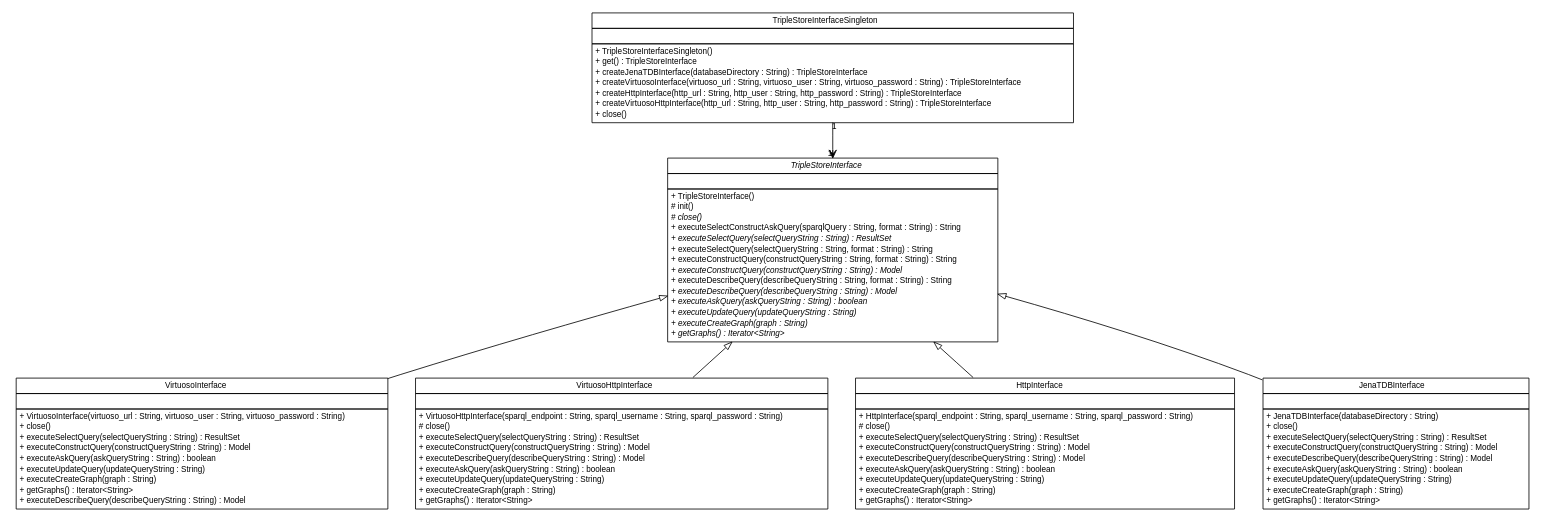
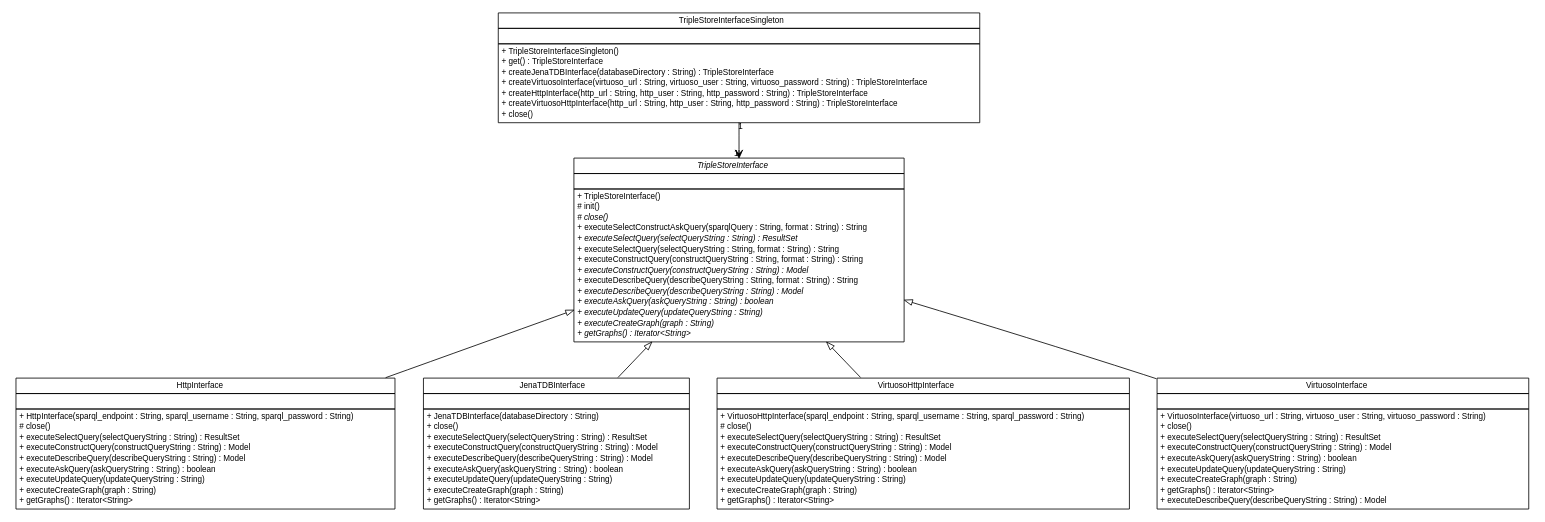
One commit to adrianorzyszek/r43ples changed the diagram in site/apidocs/de/tud/plt/r43ples/triplestoreInterface/de.tud.plt.r43ples.triplestoreInterface.dot. Above: the diagram before and after it, drawn with Graphviz. The commit also changed 310 other files, not shown here.

```diff
--- a/site/apidocs/de/tud/plt/r43ples/triplestoreInterface/de.tud.plt.r43ples.triplestoreInterface.dot
+++ b/site/apidocs/de/tud/plt/r43ples/triplestoreInterface/de.tud.plt.r43ples.triplestoreInterface.dot
@@ -9,48 +9,8 @@
 	node [fontname="Helvetica",fontsize=10,shape=plaintext];
 	nodesep=0.25;
 	ranksep=0.5;
-	// de.tud.plt.r43ples.triplestoreInterface.VirtuosoInterface
-	c88 [label=<<table title="de.tud.plt.r43ples.triplestoreInterface.VirtuosoInterface" border="0" cellborder="1" cellspacing="0" cellpadding="2" port="p" href="./VirtuosoInterface.html">
-		<tr><td><table border="0" cellspacing="0" cellpadding="1">
-<tr><td align="center" balign="center"> VirtuosoInterface </td></tr>
-		</table></td></tr>
-		<tr><td><table border="0" cellspacing="0" cellpadding="1">
-<tr><td align="left" balign="left">  </td></tr>
-		</table></td></tr>
-		<tr><td><table border="0" cellspacing="0" cellpadding="1">
-<tr><td align="left" balign="left"> + VirtuosoInterface(virtuoso_url : String, virtuoso_user : String, virtuoso_password : String) </td></tr>
-<tr><td align="left" balign="left"> + close() </td></tr>
-<tr><td align="left" balign="left"> + executeSelectQuery(selectQueryString : String) : ResultSet </td></tr>
-<tr><td align="left" balign="left"> + executeConstructQuery(constructQueryString : String) : Model </td></tr>
-<tr><td align="left" balign="left"> + executeAskQuery(askQueryString : String) : boolean </td></tr>
-<tr><td align="left" balign="left"> + executeUpdateQuery(updateQueryString : String) </td></tr>
-<tr><td align="left" balign="left"> + executeCreateGraph(graph : String) </td></tr>
-<tr><td align="left" balign="left"> + getGraphs() : Iterator&lt;String&gt; </td></tr>
-<tr><td align="left" balign="left"> + executeDescribeQuery(describeQueryString : String) : Model </td></tr>
-		</table></td></tr>
-		</table>>, URL="./VirtuosoInterface.html", fontname="Helvetica", fontcolor="black", fontsize=10.0];
-	// de.tud.plt.r43ples.triplestoreInterface.VirtuosoHttpInterface
-	c89 [label=<<table title="de.tud.plt.r43ples.triplestoreInterface.VirtuosoHttpInterface" border="0" cellborder="1" cellspacing="0" cellpadding="2" port="p" href="./VirtuosoHttpInterface.html">
-		<tr><td><table border="0" cellspacing="0" cellpadding="1">
-<tr><td align="center" balign="center"> VirtuosoHttpInterface </td></tr>
-		</table></td></tr>
-		<tr><td><table border="0" cellspacing="0" cellpadding="1">
-<tr><td align="left" balign="left">  </td></tr>
-		</table></td></tr>
-		<tr><td><table border="0" cellspacing="0" cellpadding="1">
-<tr><td align="left" balign="left"> + VirtuosoHttpInterface(sparql_endpoint : String, sparql_username : String, sparql_password : String) </td></tr>
-<tr><td align="left" balign="left"> # close() </td></tr>
-<tr><td align="left" balign="left"> + executeSelectQuery(selectQueryString : String) : ResultSet </td></tr>
-<tr><td align="left" balign="left"> + executeConstructQuery(constructQueryString : String) : Model </td></tr>
-<tr><td align="left" balign="left"> + executeDescribeQuery(describeQueryString : String) : Model </td></tr>
-<tr><td align="left" balign="left"> + executeAskQuery(askQueryString : String) : boolean </td></tr>
-<tr><td align="left" balign="left"> + executeUpdateQuery(updateQueryString : String) </td></tr>
-<tr><td align="left" balign="left"> + executeCreateGraph(graph : String) </td></tr>
-<tr><td align="left" balign="left"> + getGraphs() : Iterator&lt;String&gt; </td></tr>
-		</table></td></tr>
-		</table>>, URL="./VirtuosoHttpInterface.html", fontname="Helvetica", fontcolor="black", fontsize=10.0];
 	// de.tud.plt.r43ples.triplestoreInterface.HttpInterface
-	c90 [label=<<table title="de.tud.plt.r43ples.triplestoreInterface.HttpInterface" border="0" cellborder="1" cellspacing="0" cellpadding="2" port="p" href="./HttpInterface.html">
+	c91 [label=<<table title="de.tud.plt.r43ples.triplestoreInterface.HttpInterface" border="0" cellborder="1" cellspacing="0" cellpadding="2" port="p" href="./HttpInterface.html">
 		<tr><td><table border="0" cellspacing="0" cellpadding="1">
 <tr><td align="center" balign="center"> HttpInterface </td></tr>
 		</table></td></tr>
@@ -69,26 +29,28 @@
 <tr><td align="left" balign="left"> + getGraphs() : Iterator&lt;String&gt; </td></tr>
 		</table></td></tr>
 		</table>>, URL="./HttpInterface.html", fontname="Helvetica", fontcolor="black", fontsize=10.0];
-	// de.tud.plt.r43ples.triplestoreInterface.TripleStoreInterfaceSingleton
-	c91 [label=<<table title="de.tud.plt.r43ples.triplestoreInterface.TripleStoreInterfaceSingleton" border="0" cellborder="1" cellspacing="0" cellpadding="2" port="p" href="./TripleStoreInterfaceSingleton.html">
+	// de.tud.plt.r43ples.triplestoreInterface.JenaTDBInterface
+	c92 [label=<<table title="de.tud.plt.r43ples.triplestoreInterface.JenaTDBInterface" border="0" cellborder="1" cellspacing="0" cellpadding="2" port="p" href="./JenaTDBInterface.html">
 		<tr><td><table border="0" cellspacing="0" cellpadding="1">
-<tr><td align="center" balign="center"> TripleStoreInterfaceSingleton </td></tr>
+<tr><td align="center" balign="center"> JenaTDBInterface </td></tr>
 		</table></td></tr>
 		<tr><td><table border="0" cellspacing="0" cellpadding="1">
 <tr><td align="left" balign="left">  </td></tr>
 		</table></td></tr>
 		<tr><td><table border="0" cellspacing="0" cellpadding="1">
-<tr><td align="left" balign="left"> + TripleStoreInterfaceSingleton() </td></tr>
-<tr><td align="left" balign="left"> + get() : TripleStoreInterface </td></tr>
-<tr><td align="left" balign="left"> + createJenaTDBInterface(databaseDirectory : String) : TripleStoreInterface </td></tr>
-<tr><td align="left" balign="left"> + createVirtuosoInterface(virtuoso_url : String, virtuoso_user : String, virtuoso_password : String) : TripleStoreInterface </td></tr>
-<tr><td align="left" balign="left"> + createHttpInterface(http_url : String, http_user : String, http_password : String) : TripleStoreInterface </td></tr>
-<tr><td align="left" balign="left"> + createVirtuosoHttpInterface(http_url : String, http_user : String, http_password : String) : TripleStoreInterface </td></tr>
+<tr><td align="left" balign="left"> + JenaTDBInterface(databaseDirectory : String) </td></tr>
 <tr><td align="left" balign="left"> + close() </td></tr>
+<tr><td align="left" balign="left"> + executeSelectQuery(selectQueryString : String) : ResultSet </td></tr>
+<tr><td align="left" balign="left"> + executeConstructQuery(constructQueryString : String) : Model </td></tr>
+<tr><td align="left" balign="left"> + executeDescribeQuery(describeQueryString : String) : Model </td></tr>
+<tr><td align="left" balign="left"> + executeAskQuery(askQueryString : String) : boolean </td></tr>
+<tr><td align="left" balign="left"> + executeUpdateQuery(updateQueryString : String) </td></tr>
+<tr><td align="left" balign="left"> + executeCreateGraph(graph : String) </td></tr>
+<tr><td align="left" balign="left"> + getGraphs() : Iterator&lt;String&gt; </td></tr>
 		</table></td></tr>
-		</table>>, URL="./TripleStoreInterfaceSingleton.html", fontname="Helvetica", fontcolor="black", fontsize=10.0];
+		</table>>, URL="./JenaTDBInterface.html", fontname="Helvetica", fontcolor="black", fontsize=10.0];
 	// de.tud.plt.r43ples.triplestoreInterface.TripleStoreInterface
-	c92 [label=<<table title="de.tud.plt.r43ples.triplestoreInterface.TripleStoreInterface" border="0" cellborder="1" cellspacing="0" cellpadding="2" port="p" href="./TripleStoreInterface.html">
+	c93 [label=<<table title="de.tud.plt.r43ples.triplestoreInterface.TripleStoreInterface" border="0" cellborder="1" cellspacing="0" cellpadding="2" port="p" href="./TripleStoreInterface.html">
 		<tr><td><table border="0" cellspacing="0" cellpadding="1">
 <tr><td align="center" balign="center"><font face="Helvetica-Oblique"> TripleStoreInterface </font></td></tr>
 		</table></td></tr>
@@ -112,17 +74,35 @@
 <tr><td align="left" balign="left"><font face="Helvetica-Oblique" point-size="10.0"> + getGraphs() : Iterator&lt;String&gt; </font></td></tr>
 		</table></td></tr>
 		</table>>, URL="./TripleStoreInterface.html", fontname="Helvetica", fontcolor="black", fontsize=10.0];
-	// de.tud.plt.r43ples.triplestoreInterface.JenaTDBInterface
-	c93 [label=<<table title="de.tud.plt.r43ples.triplestoreInterface.JenaTDBInterface" border="0" cellborder="1" cellspacing="0" cellpadding="2" port="p" href="./JenaTDBInterface.html">
+	// de.tud.plt.r43ples.triplestoreInterface.TripleStoreInterfaceSingleton
+	c94 [label=<<table title="de.tud.plt.r43ples.triplestoreInterface.TripleStoreInterfaceSingleton" border="0" cellborder="1" cellspacing="0" cellpadding="2" port="p" href="./TripleStoreInterfaceSingleton.html">
 		<tr><td><table border="0" cellspacing="0" cellpadding="1">
-<tr><td align="center" balign="center"> JenaTDBInterface </td></tr>
+<tr><td align="center" balign="center"> TripleStoreInterfaceSingleton </td></tr>
 		</table></td></tr>
 		<tr><td><table border="0" cellspacing="0" cellpadding="1">
 <tr><td align="left" balign="left">  </td></tr>
 		</table></td></tr>
 		<tr><td><table border="0" cellspacing="0" cellpadding="1">
-<tr><td align="left" balign="left"> + JenaTDBInterface(databaseDirectory : String) </td></tr>
+<tr><td align="left" balign="left"> + TripleStoreInterfaceSingleton() </td></tr>
+<tr><td align="left" balign="left"> + get() : TripleStoreInterface </td></tr>
+<tr><td align="left" balign="left"> + createJenaTDBInterface(databaseDirectory : String) : TripleStoreInterface </td></tr>
+<tr><td align="left" balign="left"> + createVirtuosoInterface(virtuoso_url : String, virtuoso_user : String, virtuoso_password : String) : TripleStoreInterface </td></tr>
+<tr><td align="left" balign="left"> + createHttpInterface(http_url : String, http_user : String, http_password : String) : TripleStoreInterface </td></tr>
+<tr><td align="left" balign="left"> + createVirtuosoHttpInterface(http_url : String, http_user : String, http_password : String) : TripleStoreInterface </td></tr>
 <tr><td align="left" balign="left"> + close() </td></tr>
+		</table></td></tr>
+		</table>>, URL="./TripleStoreInterfaceSingleton.html", fontname="Helvetica", fontcolor="black", fontsize=10.0];
+	// de.tud.plt.r43ples.triplestoreInterface.VirtuosoHttpInterface
+	c95 [label=<<table title="de.tud.plt.r43ples.triplestoreInterface.VirtuosoHttpInterface" border="0" cellborder="1" cellspacing="0" cellpadding="2" port="p" href="./VirtuosoHttpInterface.html">
+		<tr><td><table border="0" cellspacing="0" cellpadding="1">
+<tr><td align="center" balign="center"> VirtuosoHttpInterface </td></tr>
+		</table></td></tr>
+		<tr><td><table border="0" cellspacing="0" cellpadding="1">
+<tr><td align="left" balign="left">  </td></tr>
+		</table></td></tr>
+		<tr><td><table border="0" cellspacing="0" cellpadding="1">
+<tr><td align="left" balign="left"> + VirtuosoHttpInterface(sparql_endpoint : String, sparql_username : String, sparql_password : String) </td></tr>
+<tr><td align="left" balign="left"> # close() </td></tr>
 <tr><td align="left" balign="left"> + executeSelectQuery(selectQueryString : String) : ResultSet </td></tr>
 <tr><td align="left" balign="left"> + executeConstructQuery(constructQueryString : String) : Model </td></tr>
 <tr><td align="left" balign="left"> + executeDescribeQuery(describeQueryString : String) : Model </td></tr>
@@ -131,15 +111,35 @@
 <tr><td align="left" balign="left"> + executeCreateGraph(graph : String) </td></tr>
 <tr><td align="left" balign="left"> + getGraphs() : Iterator&lt;String&gt; </td></tr>
 		</table></td></tr>
-		</table>>, URL="./JenaTDBInterface.html", fontname="Helvetica", fontcolor="black", fontsize=10.0];
+		</table>>, URL="./VirtuosoHttpInterface.html", fontname="Helvetica", fontcolor="black", fontsize=10.0];
+	// de.tud.plt.r43ples.triplestoreInterface.VirtuosoInterface
+	c96 [label=<<table title="de.tud.plt.r43ples.triplestoreInterface.VirtuosoInterface" border="0" cellborder="1" cellspacing="0" cellpadding="2" port="p" href="./VirtuosoInterface.html">
+		<tr><td><table border="0" cellspacing="0" cellpadding="1">
+<tr><td align="center" balign="center"> VirtuosoInterface </td></tr>
+		</table></td></tr>
+		<tr><td><table border="0" cellspacing="0" cellpadding="1">
+<tr><td align="left" balign="left">  </td></tr>
+		</table></td></tr>
+		<tr><td><table border="0" cellspacing="0" cellpadding="1">
+<tr><td align="left" balign="left"> + VirtuosoInterface(virtuoso_url : String, virtuoso_user : String, virtuoso_password : String) </td></tr>
+<tr><td align="left" balign="left"> + close() </td></tr>
+<tr><td align="left" balign="left"> + executeSelectQuery(selectQueryString : String) : ResultSet </td></tr>
+<tr><td align="left" balign="left"> + executeConstructQuery(constructQueryString : String) : Model </td></tr>
+<tr><td align="left" balign="left"> + executeAskQuery(askQueryString : String) : boolean </td></tr>
+<tr><td align="left" balign="left"> + executeUpdateQuery(updateQueryString : String) </td></tr>
+<tr><td align="left" balign="left"> + executeCreateGraph(graph : String) </td></tr>
+<tr><td align="left" balign="left"> + getGraphs() : Iterator&lt;String&gt; </td></tr>
+<tr><td align="left" balign="left"> + executeDescribeQuery(describeQueryString : String) : Model </td></tr>
+		</table></td></tr>
+		</table>>, URL="./VirtuosoInterface.html", fontname="Helvetica", fontcolor="black", fontsize=10.0];
+	//de.tud.plt.r43ples.triplestoreInterface.HttpInterface extends de.tud.plt.r43ples.triplestoreInterface.TripleStoreInterface
+	c93:p -> c91:p [dir=back,arrowtail=empty];
+	//de.tud.plt.r43ples.triplestoreInterface.JenaTDBInterface extends de.tud.plt.r43ples.triplestoreInterface.TripleStoreInterface
+	c93:p -> c92:p [dir=back,arrowtail=empty];
+	// de.tud.plt.r43ples.triplestoreInterface.TripleStoreInterfaceSingleton NAVASSOC de.tud.plt.r43ples.triplestoreInterface.TripleStoreInterface
+	c94:p -> c93:p [taillabel="1", label="", headlabel="1", fontname="Helvetica", fontcolor="black", fontsize=10.0, color="black", arrowhead=open];
+	//de.tud.plt.r43ples.triplestoreInterface.VirtuosoHttpInterface extends de.tud.plt.r43ples.triplestoreInterface.TripleStoreInterface
+	c93:p -> c95:p [dir=back,arrowtail=empty];
 	//de.tud.plt.r43ples.triplestoreInterface.VirtuosoInterface extends de.tud.plt.r43ples.triplestoreInterface.TripleStoreInterface
-	c92:p -> c88:p [dir=back,arrowtail=empty];
-	//de.tud.plt.r43ples.triplestoreInterface.VirtuosoHttpInterface extends de.tud.plt.r43ples.triplestoreInterface.TripleStoreInterface
-	c92:p -> c89:p [dir=back,arrowtail=empty];
-	//de.tud.plt.r43ples.triplestoreInterface.HttpInterface extends de.tud.plt.r43ples.triplestoreInterface.TripleStoreInterface
-	c92:p -> c90:p [dir=back,arrowtail=empty];
-	// de.tud.plt.r43ples.triplestoreInterface.TripleStoreInterfaceSingleton NAVASSOC de.tud.plt.r43ples.triplestoreInterface.TripleStoreInterface
-	c91:p -> c92:p [taillabel="1", label="", headlabel="1", fontname="Helvetica", fontcolor="black", fontsize=10.0, color="black", arrowhead=open];
-	//de.tud.plt.r43ples.triplestoreInterface.JenaTDBInterface extends de.tud.plt.r43ples.triplestoreInterface.TripleStoreInterface
-	c92:p -> c93:p [dir=back,arrowtail=empty];
+	c93:p -> c96:p [dir=back,arrowtail=empty];
 }
```
